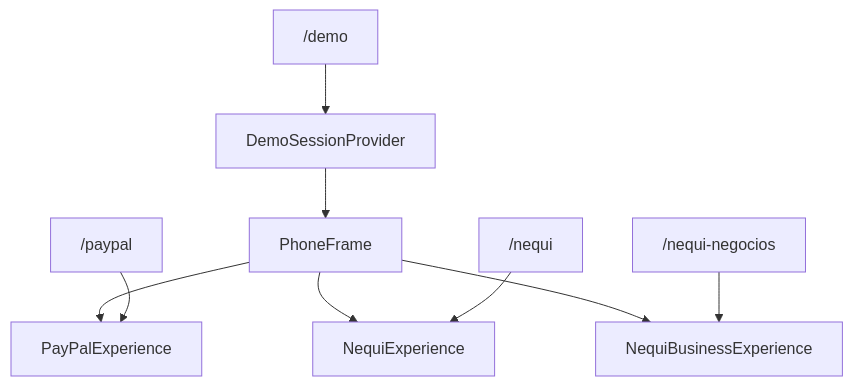
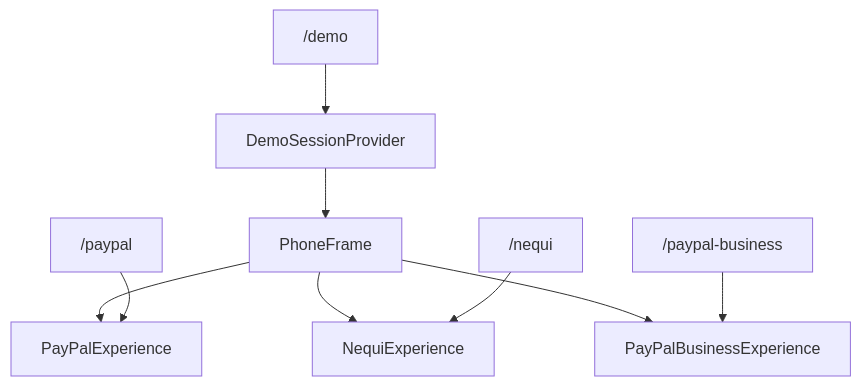
The third of 4 diagrams in docs/03-architecture.md (Juanqu261/compas-paypal), drawn with Mermaid before and after one commit. The commit also changed other lines of this file and 81 other files, not shown here.

````diff
--- a/docs/03-architecture.md
+++ b/docs/03-architecture.md
@@ -81,18 +81,18 @@
 ```mermaid
 flowchart TB
   demo["/demo"]
   session["DemoSessionProvider"]
   paypalApp["PayPalExperience"]
   nequi["NequiExperience"]
-  business["NequiBusinessExperience"]
+  business["PayPalBusinessExperience"]
   frame["PhoneFrame"]
 
   demo --> session
   session --> frame
   frame --> paypalApp
   frame --> nequi
   frame --> business
   paypalRoute["/paypal"] --> paypalApp
   nequiRoute["/nequi"] --> nequi
-  businessRoute["/nequi-negocios"] --> business
+  businessRoute["/paypal-business"] --> business
 ```
````
